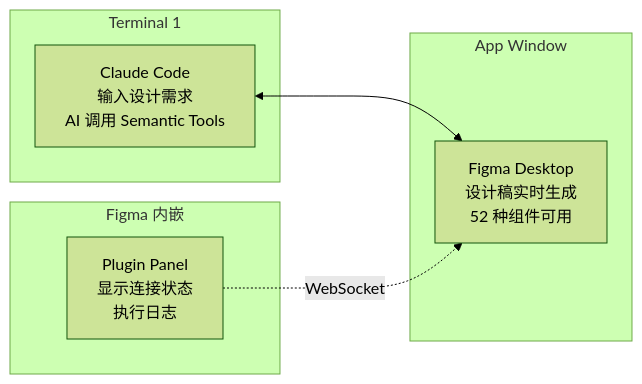
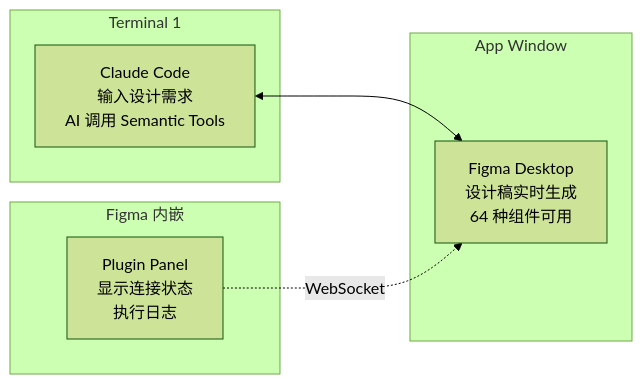
Before and after one commit to Liljimbo/Figma-Automation-Platform: the second of 2 diagrams in README.md, drawn with Mermaid (forest theme). The commit also changed other lines of this file and 17 other files, not shown here.

````diff
--- a/README.md
+++ b/README.md
@@ -153,15 +162,15 @@
 ```mermaid
 flowchart LR
     subgraph T1["Terminal 1"]
         A["Claude Code<br/>输入设计需求<br/>AI 调用 Semantic Tools"]
     end
     subgraph APP["App Window"]
-        B["Figma Desktop<br/>设计稿实时生成<br/>52 种组件可用"]
+        B["Figma Desktop<br/>设计稿实时生成<br/>64 种组件可用"]
     end
     subgraph EMBED["Figma 内嵌"]
         C["Plugin Panel<br/>显示连接状态<br/>执行日志"]
     end
 
     A <--> B
     C -. "WebSocket" .-> B
 ```
````
